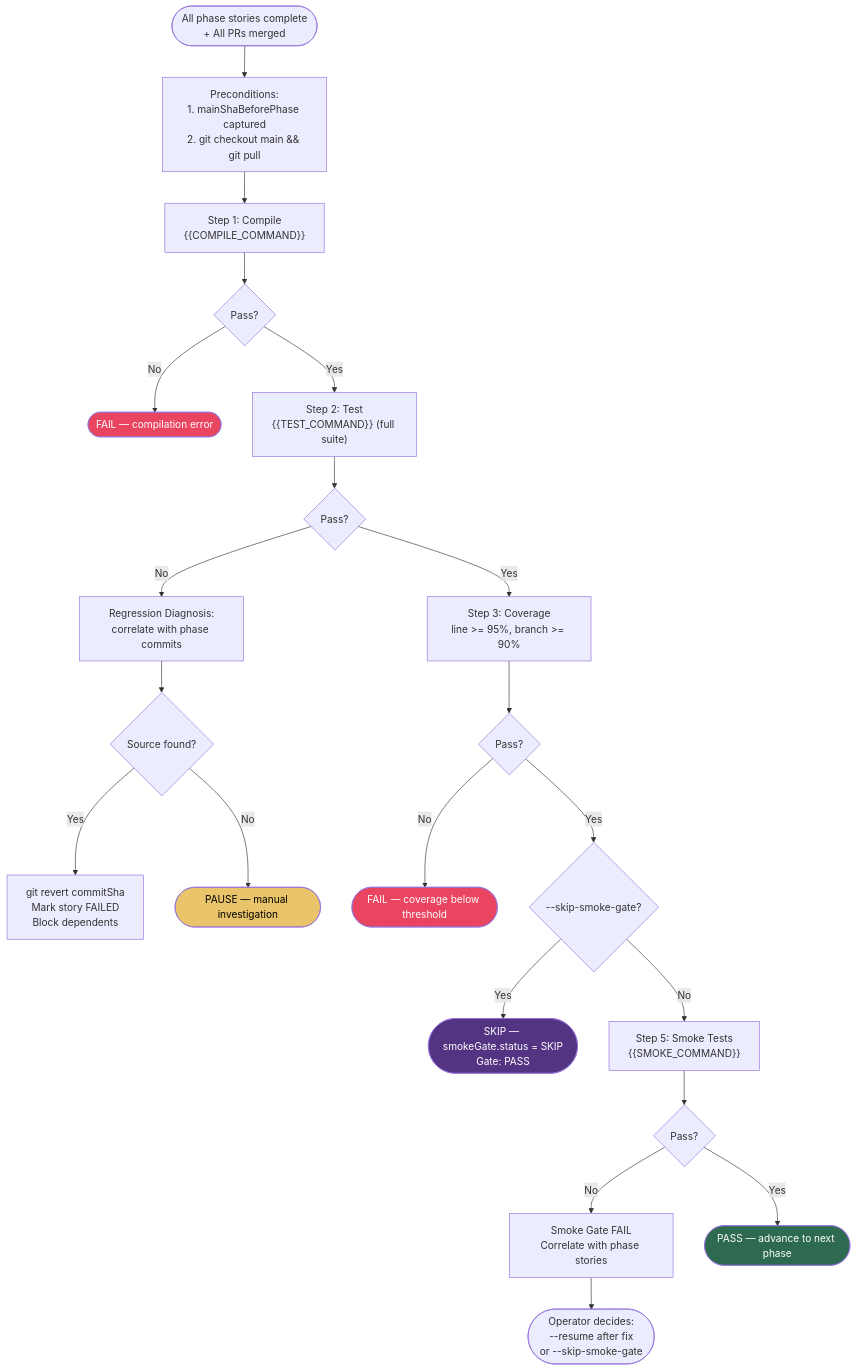
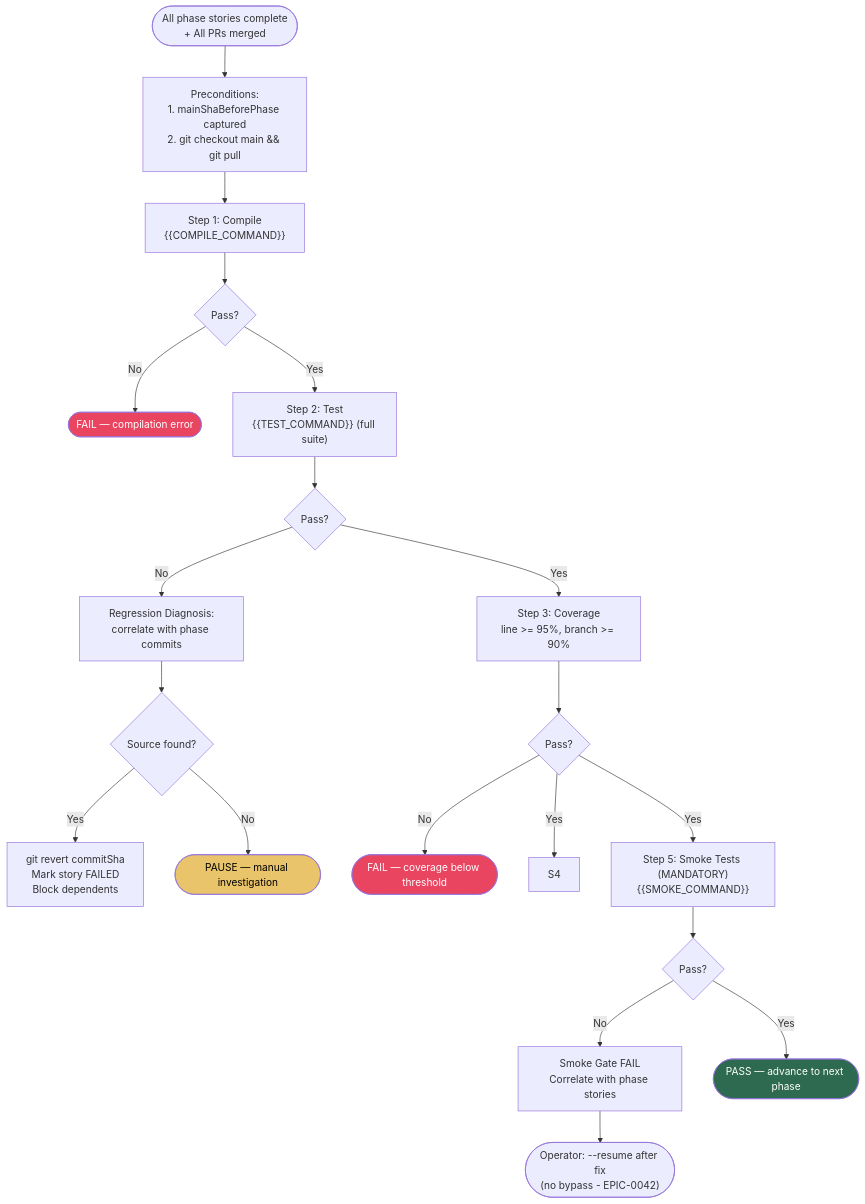
Before and after one commit to edercnj/ia-dev-environment: the sixth of 8 diagrams in java/src/main/resources/targets/claude/skills/core/dev/x-epic-implement/README.md, drawn with Mermaid. The commit also changed other lines of this file and 3 other files, not shown here.

First line of the commit message:
feat(epic-0042): add smoke test verification to QA review and remove --skip-smoke-gate (Wave 2)

````diff
--- a/java/src/main/resources/targets/claude/skills/core/dev/x-epic-implement/README.md
+++ b/java/src/main/resources/targets/claude/skills/core/dev/x-epic-implement/README.md
@@ -281,38 +280,35 @@
 ```mermaid
 flowchart TD
     TRIGGER(["All phase stories complete<br/>+ All PRs merged"]) --> PRE
 
     PRE["Preconditions:<br/>1. mainShaBeforePhase captured<br/>2. git checkout main && git pull"] --> S1
 
     S1["Step 1: Compile<br/>{{COMPILE_COMMAND}}"] --> S1R{Pass?}
     S1R -->|No| FAIL1(["FAIL — compilation error"])
     S1R -->|Yes| S2
 
     S2["Step 2: Test<br/>{{TEST_COMMAND}} (full suite)"] --> S2R{Pass?}
     S2R -->|No| REGRESS["Regression Diagnosis:<br/>correlate with phase commits"]
     S2R -->|Yes| S3
 
     REGRESS --> REGSRC{Source found?}
     REGSRC -->|Yes| REVERT["git revert commitSha<br/>Mark story FAILED<br/>Block dependents"]
     REGSRC -->|No| PAUSE(["PAUSE — manual investigation"])
 
     S3["Step 3: Coverage<br/>line >= 95%, branch >= 90%"] --> S3R{Pass?}
     S3R -->|No| FAIL3(["FAIL — coverage below threshold"])
     S3R -->|Yes| S4
 
-    S4{--skip-smoke-gate?}
-    S4 -->|Yes| SKIP(["SKIP — smokeGate.status = SKIP<br/>Gate: PASS"])
-    S4 -->|No| S5
+    S3R -->|Yes| S5
 
-    S5["Step 5: Smoke Tests<br/>{{SMOKE_COMMAND}}"] --> S5R{Pass?}
+    S5["Step 5: Smoke Tests (MANDATORY)<br/>{{SMOKE_COMMAND}}"] --> S5R{Pass?}
     S5R -->|No| SMOKEFAIL["Smoke Gate FAIL<br/>Correlate with phase stories"]
     S5R -->|Yes| PASS(["PASS — advance to next phase"])
 
-    SMOKEFAIL --> OPERATOR(["Operator decides:<br/>--resume after fix<br/>or --skip-smoke-gate"])
+    SMOKEFAIL --> OPERATOR(["Operator: --resume after fix<br/>(no bypass - EPIC-0042)"])
 
     style PASS fill:#2d6a4f,color:#fff
     style FAIL1 fill:#e94560,color:#fff
     style FAIL3 fill:#e94560,color:#fff
     style PAUSE fill:#e9c46a,color:#000
-    style SKIP fill:#533483,color:#fff
 ```
````
